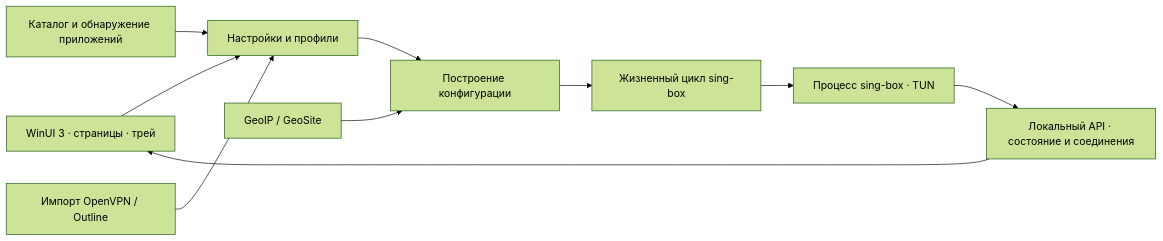
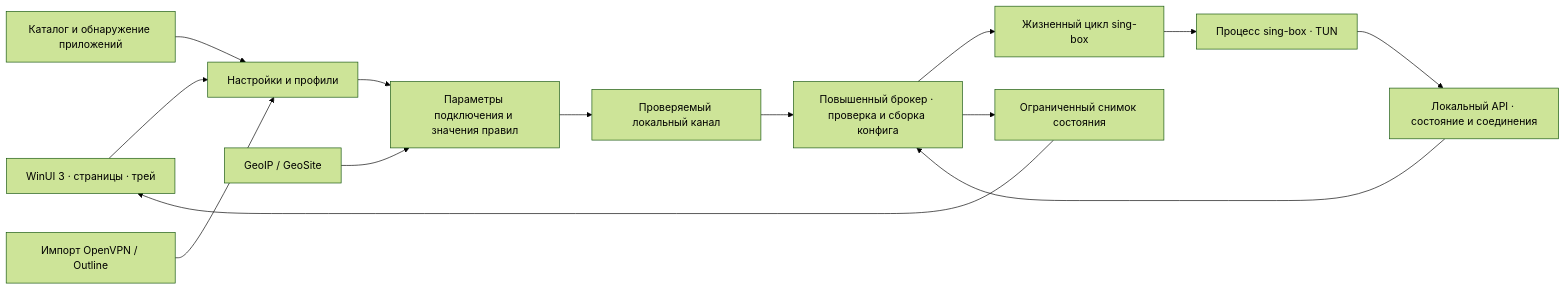
One commit to vserdobintsev/FlowVPN changed the first of 2 diagrams in docs/ARCHITECTURE.md. Above: the diagram before and after it, drawn with Mermaid (forest theme). The commit also changed other lines of this file and 52 other files, not shown here.

````diff
--- a/docs/ARCHITECTURE.md
+++ b/docs/ARCHITECTURE.md
@@ -9,12 +9,16 @@
 ```mermaid
 flowchart LR
     UI["WinUI 3 · страницы · трей"] --> Settings["Настройки и профили"]
     Discovery["Каталог и обнаружение приложений"] --> Settings
     Import["Импорт OpenVPN / Outline"] --> Settings
-    Base["GeoIP / GeoSite"] --> Config["Построение конфигурации"]
-    Settings --> Config
+    Base["GeoIP / GeoSite"] --> Plan["Параметры подключения и значения правил"]
+    Settings --> Plan
+    Plan --> IPC["Проверяемый локальный канал"]
+    IPC --> Config["Повышенный брокер · проверка и сборка конфига"]
     Config --> Engine["Жизненный цикл sing-box"]
     Engine --> Core["Процесс sing-box · TUN"]
     Core --> API["Локальный API · состояние и соединения"]
-    API --> UI
+    API --> Config
+    Config --> State["Ограниченный снимок состояния"]
+    State --> UI
 ```
````
